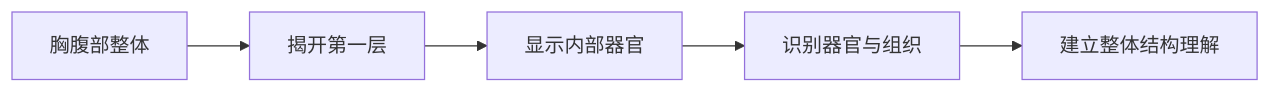
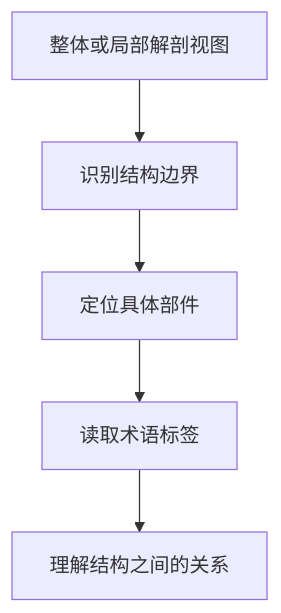
One commit to KkkXUE-prog/FIRST-REPO changed the diagram in 02-信息图形类型案例/12-解剖型-Anatomical/案例/CASE-0002-Book-of-Health-1884/分析.md. Above: the diagram before and after it, drawn with Mermaid. The commit also changed other lines of this file and 2 other files, not shown here.

Commit message:
校正解剖型第二案例原图链接与档案信息

````diff
--- a/02-信息图形类型案例/12-解剖型-Anatomical/案例/CASE-0002-Book-of-Health-1884/分析.md
+++ b/02-信息图形类型案例/12-解剖型-Anatomical/案例/CASE-0002-Book-of-Health-1884/分析.md
@@ -70,7 +66,7 @@
 ```mermaid
-flowchart LR
- A[胸腹部整体] --> B[揭开第一层]
- B --> C[显示内部器官]
- C --> D[识别器官与组织]
- D --> E[建立整体结构理解]
+flowchart TD
+ A[整体或局部解剖视图] --> B[识别结构边界]
+ B --> C[定位具体部件]
+ C --> D[读取术语标签]
+ D --> E[理解结构之间的关系]
 ```
````
